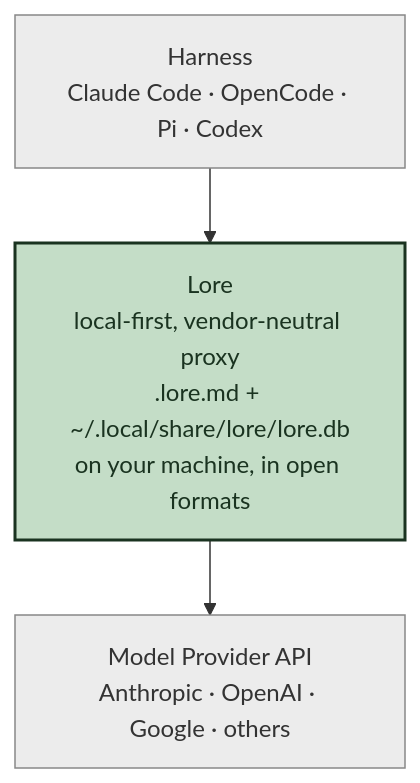
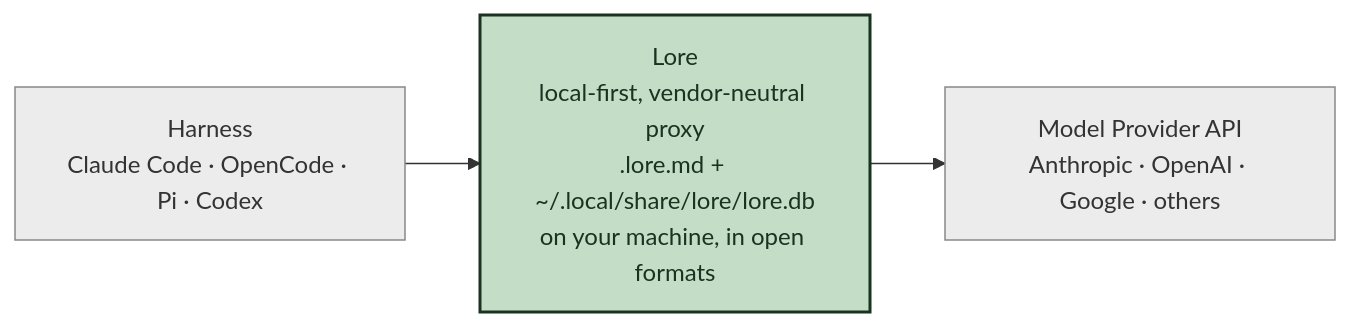
The diagram in packages/website/src/content/blog/the-embedding-trap.md (BYK/loreai), drawn with Mermaid before and after one commit. The commit also changed other lines of this file, not shown here.

Commit message:
docs(blog): lay the architecture diagram out horizontally
The vertical layout cut off the middle box — 'in open formats' on
the lore.md + SQLite line was clipped on the rendered page. A
left-to-right flowchart reads better anyway: the data flows
Harness -> Lore -> Model Provider API, and the eye follows the
arrows naturally.

Also drop the period after the section title 'Lore is local-first
and we want to keep it that way' — the only way to keep it is to
keep it, and the period made the punchline feel like a checklist.

````diff
--- a/packages/website/src/content/blog/the-embedding-trap.md
+++ b/packages/website/src/content/blog/the-embedding-trap.md
@@ -70,14 +70,14 @@
 ```mermaid
-flowchart TB
+flowchart LR
     H["Harness<br/>Claude Code · OpenCode · Pi · Codex"]
     L["Lore<br/>local-first, vendor-neutral proxy<br/>.lore.md + ~/.local/share/lore/lore.db<br/>on your machine, in open formats"]
     A["Model Provider API<br/>Anthropic · OpenAI · Google · others"]
 
     H --> L
     L --> A
 
     classDef lore fill:#c4ddc7,stroke:#1a3320,stroke-width:2px,color:#1a3320
     classDef ext fill:#ececec,stroke:#888,color:#333
     class L lore
     class H,A ext
 ```
````
